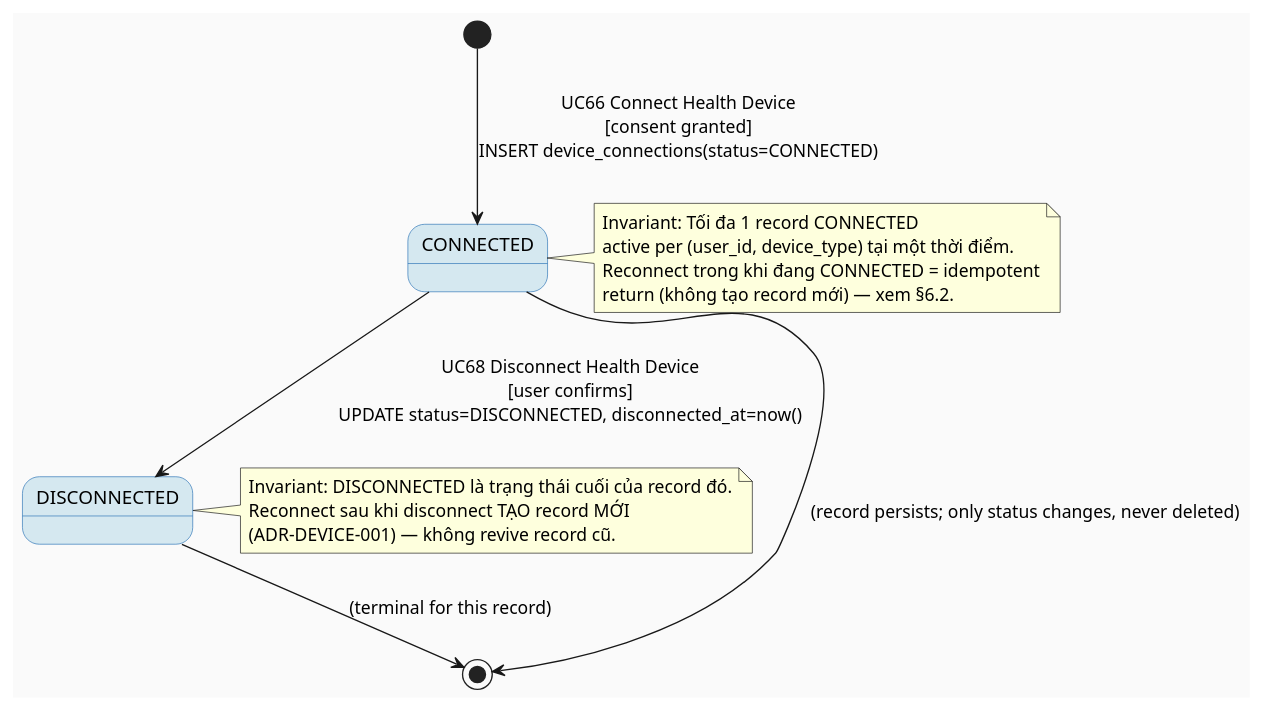
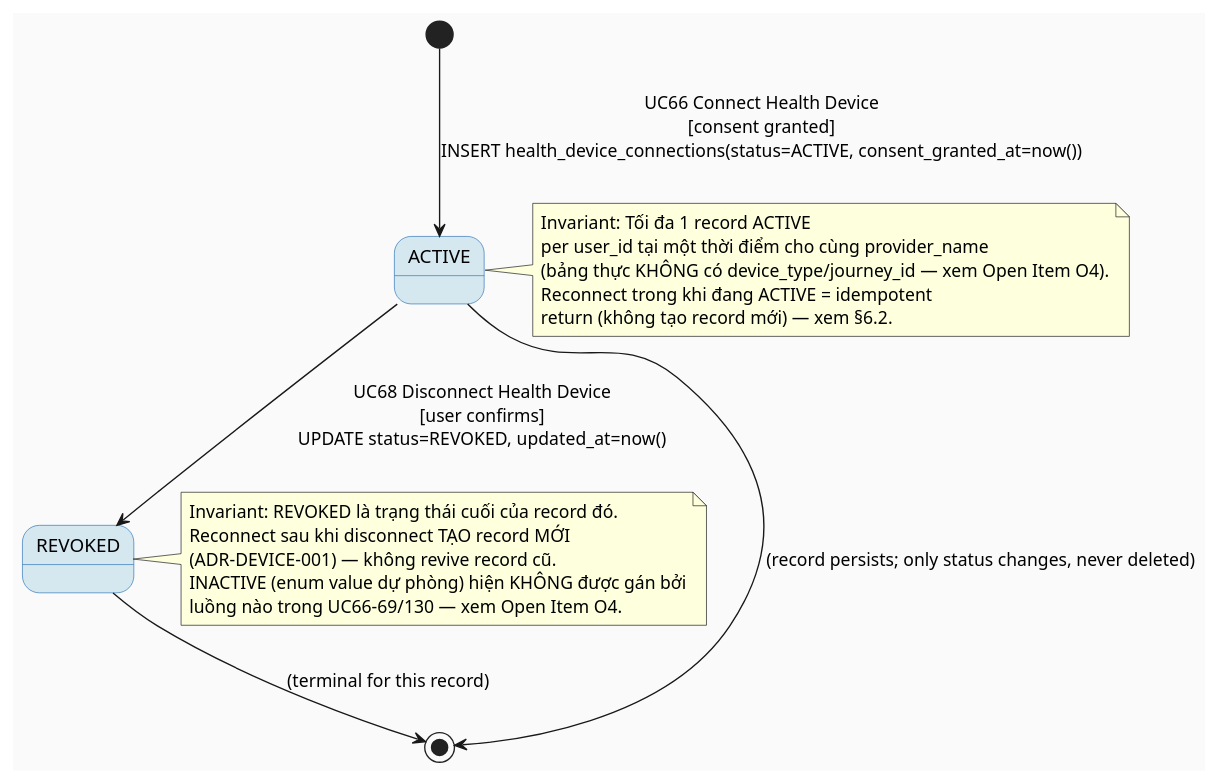
One commit to ChuongBDHE172784/CareBridge_SEP490_G79 changed the fifth of 5 diagrams in 04_Implement/UC66_ConnectHealthDevice/UC66_ConnectHealthDevice_TDS.md. Above: the diagram before and after it, drawn with PlantUML. The commit also changed other lines of this file and 95 other files, not shown here.

````diff
--- a/04_Implement/UC66_ConnectHealthDevice/UC66_ConnectHealthDevice_TDS.md
+++ b/04_Implement/UC66_ConnectHealthDevice/UC66_ConnectHealthDevice_TDS.md
@@ -437,28 +415,31 @@
 ```plantuml
 @startuml UC66_UC68_DeviceConnection_StateMachine
 skinparam backgroundColor #FAFAFA
 skinparam StateBackgroundColor #D5E8F0
 skinparam StateBorderColor #2E75B6
 
-[*] --> CONNECTED : UC66 Connect Health Device\n[consent granted]\nINSERT device_connections(status=CONNECTED)
+[*] --> ACTIVE : UC66 Connect Health Device\n[consent granted]\nINSERT health_device_connections(status=ACTIVE, consent_granted_at=now())
 
-CONNECTED --> DISCONNECTED : UC68 Disconnect Health Device\n[user confirms]\nUPDATE status=DISCONNECTED, disconnected_at=now()
+ACTIVE --> REVOKED : UC68 Disconnect Health Device\n[user confirms]\nUPDATE status=REVOKED, updated_at=now()
 
-DISCONNECTED --> [*] : (terminal for this record)
-CONNECTED --> [*] : (record persists; only status changes, never deleted)
+REVOKED --> [*] : (terminal for this record)
+ACTIVE --> [*] : (record persists; only status changes, never deleted)
 
-note right of CONNECTED
-  Invariant: Tối đa 1 record CONNECTED
-  active per (user_id, device_type) tại một thời điểm.
-  Reconnect trong khi đang CONNECTED = idempotent
+note right of ACTIVE
+  Invariant: Tối đa 1 record ACTIVE
+  per user_id tại một thời điểm cho cùng provider_name
+  (bảng thực KHÔNG có device_type/journey_id — xem Open Item O4).
+  Reconnect trong khi đang ACTIVE = idempotent
   return (không tạo record mới) — xem §6.2.
 end note
 
-note right of DISCONNECTED
-  Invariant: DISCONNECTED là trạng thái cuối của record đó.
+note right of REVOKED
+  Invariant: REVOKED là trạng thái cuối của record đó.
   Reconnect sau khi disconnect TẠO record MỚI
   (ADR-DEVICE-001) — không revive record cũ.
+  INACTIVE (enum value dự phòng) hiện KHÔNG được gán bởi
+  luồng nào trong UC66-69/130 — xem Open Item O4.
 end note
 
 @enduml
 ```
````
